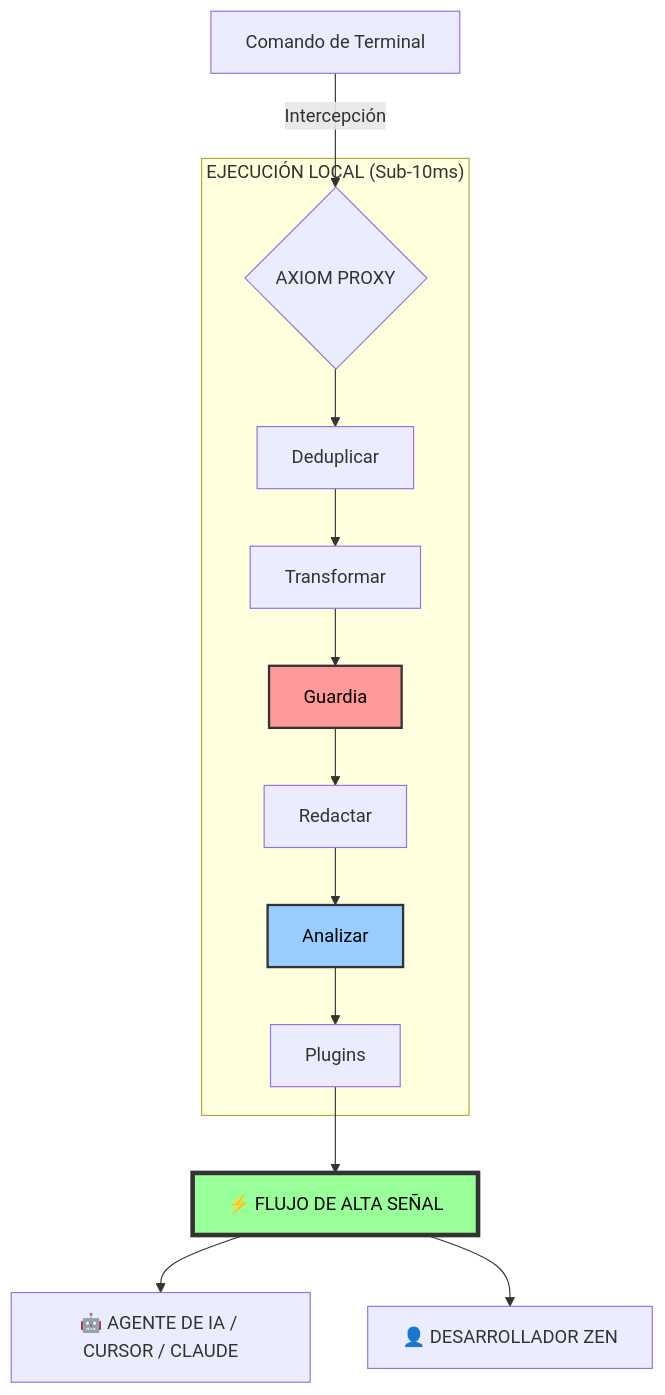
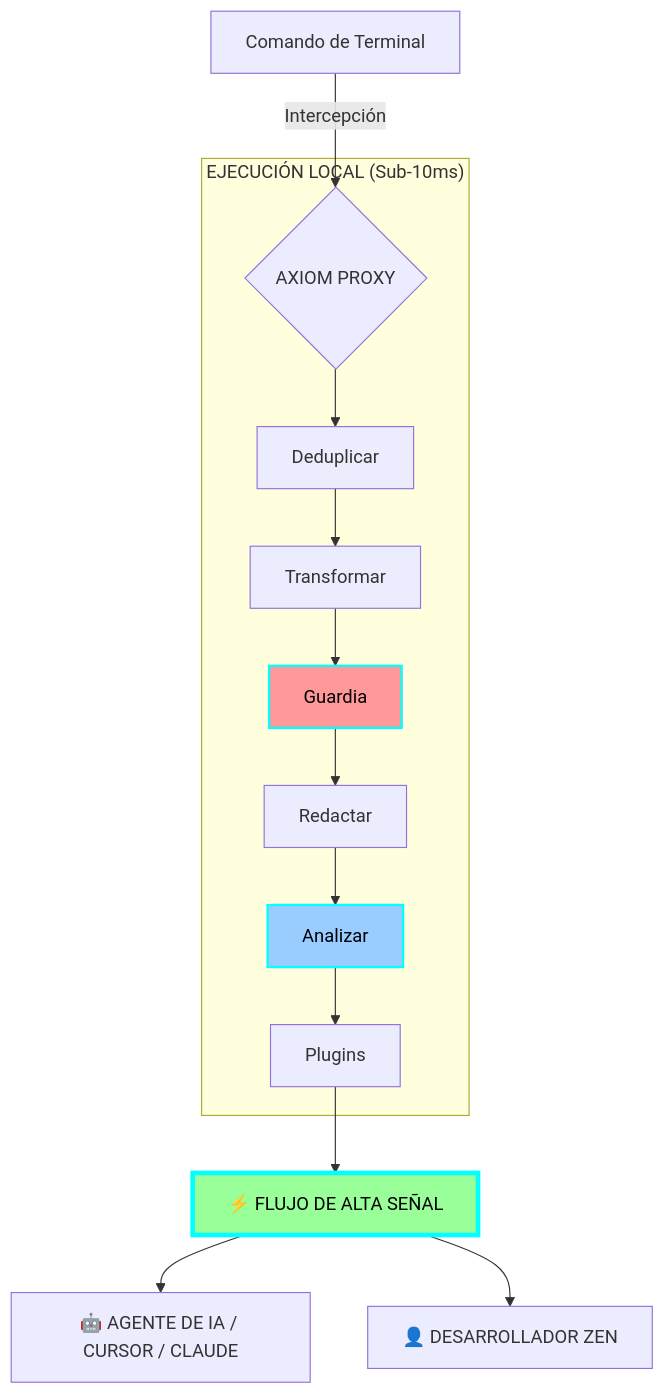
The diagram in docs/es/README.md (pinedamg/axiom-cli), drawn with Mermaid before and after one commit. The commit also changed 3 other files, not shown here.

First line of the commit message:
docs: update cli references and sync architectural diagrams

````diff
--- a/docs/es/README.md
+++ b/docs/es/README.md
@@ -25,21 +25,21 @@
 ```mermaid
 graph TD
     A[Comando de Terminal] -->|Intercepción| B{AXIOM PROXY}
     
     subgraph "EJECUCIÓN LOCAL (Sub-10ms)"
     B --> C[Deduplicar]
     C --> D[Transformar]
     D --> E[Guardia]
     E --> F[Redactar]
     F --> G[Analizar]
     G --> H[Plugins]
     end
     
     H --> I[⚡ FLUJO DE ALTA SEÑAL]
     I --> J[🤖 AGENTE DE IA / CURSOR / CLAUDE]
     I --> K[👤 DESARROLLADOR ZEN]
 
-    style E fill:#ff9999,stroke:#333,stroke-width:2px,color:#000
-    style G fill:#99ccff,stroke:#333,stroke-width:2px,color:#000
-    style I fill:#99ff99,stroke:#333,stroke-width:4px,color:#000
+    style E fill:#ff9999,stroke:#00FFFF,stroke-width:2px,color:#000
+    style G fill:#99ccff,stroke:#00FFFF,stroke-width:2px,color:#000
+    style I fill:#99ff99,stroke:#00FFFF,stroke-width:4px,color:#000
 ```
````
